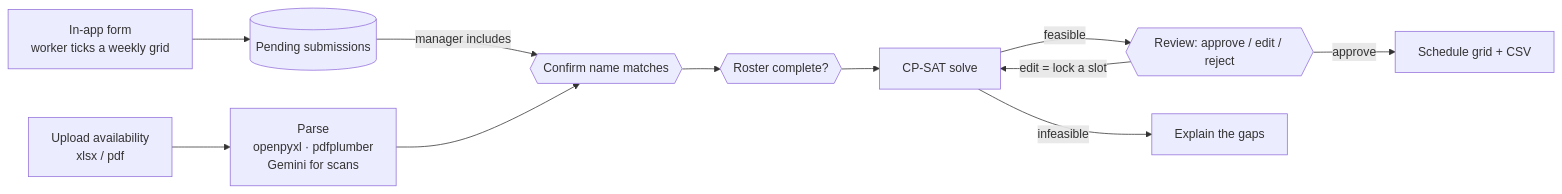
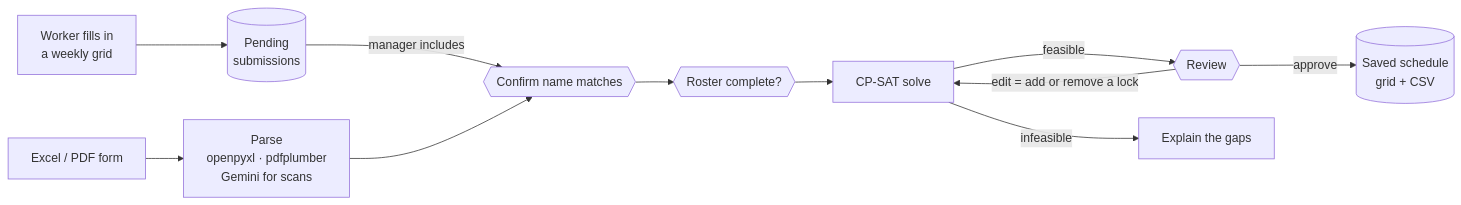
One commit to ShahidHKhan/desk-scheduler changed the diagram in README.md. Above: the diagram before and after it, drawn with Mermaid. The commit also changed other lines of this file, not shown here.

````diff
--- a/README.md
+++ b/README.md
@@ -13,13 +27,13 @@
 ```mermaid
 flowchart LR
-  A[Upload availability<br/>xlsx / pdf] --> B[Parse<br/>openpyxl · pdfplumber<br/>Gemini for scans]
-  W[In-app form<br/>worker ticks a weekly grid] --> S[(Pending submissions)]
+  W[Worker fills in<br/>a weekly grid] --> S[(Pending<br/>submissions)]
+  U[Excel / PDF form] --> P[Parse<br/>openpyxl · pdfplumber<br/>Gemini for scans]
   S -->|manager includes| C
-  B --> C{{Confirm name matches}}
+  P --> C{{Confirm name matches}}
   C --> D{{Roster complete?}}
   D --> E[CP-SAT solve]
-  E -->|feasible| F{{Review: approve / edit / reject}}
+  E -->|feasible| F{{Review}}
   E -->|infeasible| G[Explain the gaps]
-  F -->|edit = lock a slot| E
-  F -->|approve| H[Schedule grid + CSV]
+  F -->|edit = add or remove a lock| E
+  F -->|approve| H[(Saved schedule<br/>grid + CSV)]
 ```
````
